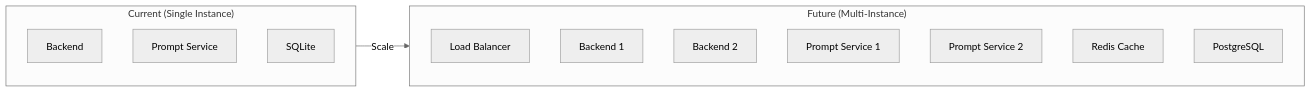
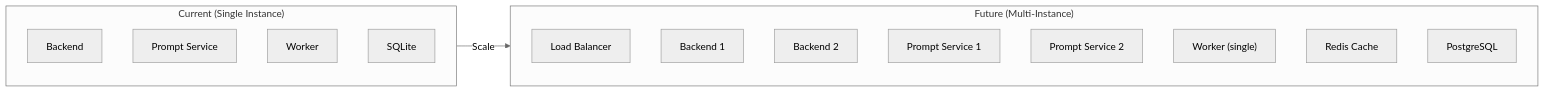
Before and after one commit to Oxilith/Votive: the eighth of 8 diagrams in docs/architecture.md, drawn with Mermaid (neutral theme). The commit also changed other lines of this file and 356 other files, not shown here.

````diff
--- a/docs/architecture.md
+++ b/docs/architecture.md
@@ -376,20 +469,22 @@
 ```mermaid
 flowchart LR
     subgraph Current["Current (Single Instance)"]
         BE1["Backend"]
         PS1["Prompt Service"]
+        WK1["Worker"]
         SQLite["SQLite"]
     end
 
     subgraph Future["Future (Multi-Instance)"]
         LB["Load Balancer"]
         BE2["Backend 1"]
         BE3["Backend 2"]
         PS2["Prompt Service 1"]
         PS3["Prompt Service 2"]
+        WK2["Worker (single)"]
         Redis["Redis Cache"]
         Postgres["PostgreSQL"]
     end
 
     Current -->|"Scale"| Future
 ```
````
